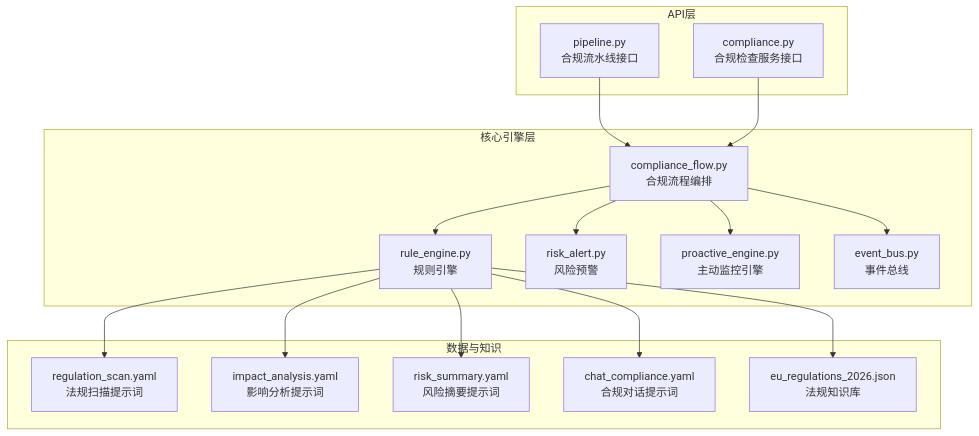
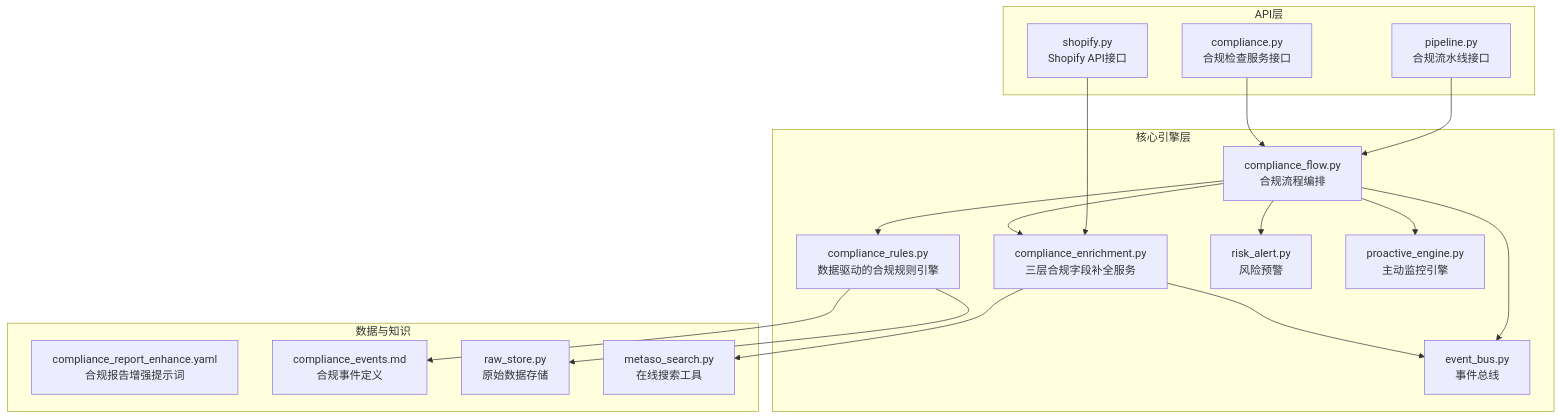
One commit to angledick/- changed the first of 10 diagrams in .qoder/repowiki/zh/content/核心业务模块/合规检查系统/合规检查系统.md. Above: the diagram before and after it, drawn with Mermaid. The commit also changed other lines of this file and 770 other files, not shown here.

````diff
--- a/.qoder/repowiki/zh/content/核心业务模块/合规检查系统/合规检查系统.md
+++ b/.qoder/repowiki/zh/content/核心业务模块/合规检查系统/合规检查系统.md
@@ -45,32 +55,34 @@
 ```mermaid
 graph TB
 subgraph "API层"
 A1["pipeline.py<br/>合规流水线接口"]
 A2["compliance.py<br/>合规检查服务接口"]
+A3["shopify.py<br/>Shopify API接口"]
 end
 subgraph "核心引擎层"
 C1["compliance_flow.py<br/>合规流程编排"]
-C2["rule_engine.py<br/>规则引擎"]
-C3["risk_alert.py<br/>风险预警"]
-C4["proactive_engine.py<br/>主动监控引擎"]
-C5["event_bus.py<br/>事件总线"]
+C2["compliance_rules.py<br/>数据驱动的合规规则引擎"]
+C3["compliance_enrichment.py<br/>三层合规字段补全服务"]
+C4["risk_alert.py<br/>风险预警"]
+C5["proactive_engine.py<br/>主动监控引擎"]
+C6["event_bus.py<br/>事件总线"]
 end
 subgraph "数据与知识"
-D1["regulation_scan.yaml<br/>法规扫描提示词"]
-D2["impact_analysis.yaml<br/>影响分析提示词"]
-D3["risk_summary.yaml<br/>风险摘要提示词"]
-D4["chat_compliance.yaml<br/>合规对话提示词"]
-D5["eu_regulations_2026.json<br/>法规知识库"]
+D1["compliance_report_enhance.yaml<br/>合规报告增强提示词"]
+D2["compliance_events.md<br/>合规事件定义"]
+D3["raw_store.py<br/>原始数据存储"]
+D4["metaso_search.py<br/>在线搜索工具"]
 end
 A1 --> C1
 A2 --> C1
+A3 --> C3
 C1 --> C2
 C1 --> C3
 C1 --> C4
 C1 --> C5
-C2 --> D1
+C1 --> C6
 C2 --> D2
 C2 --> D3
-C2 --> D4
-C2 --> D5
+C3 --> D4
+C3 --> C6
 ```
````
